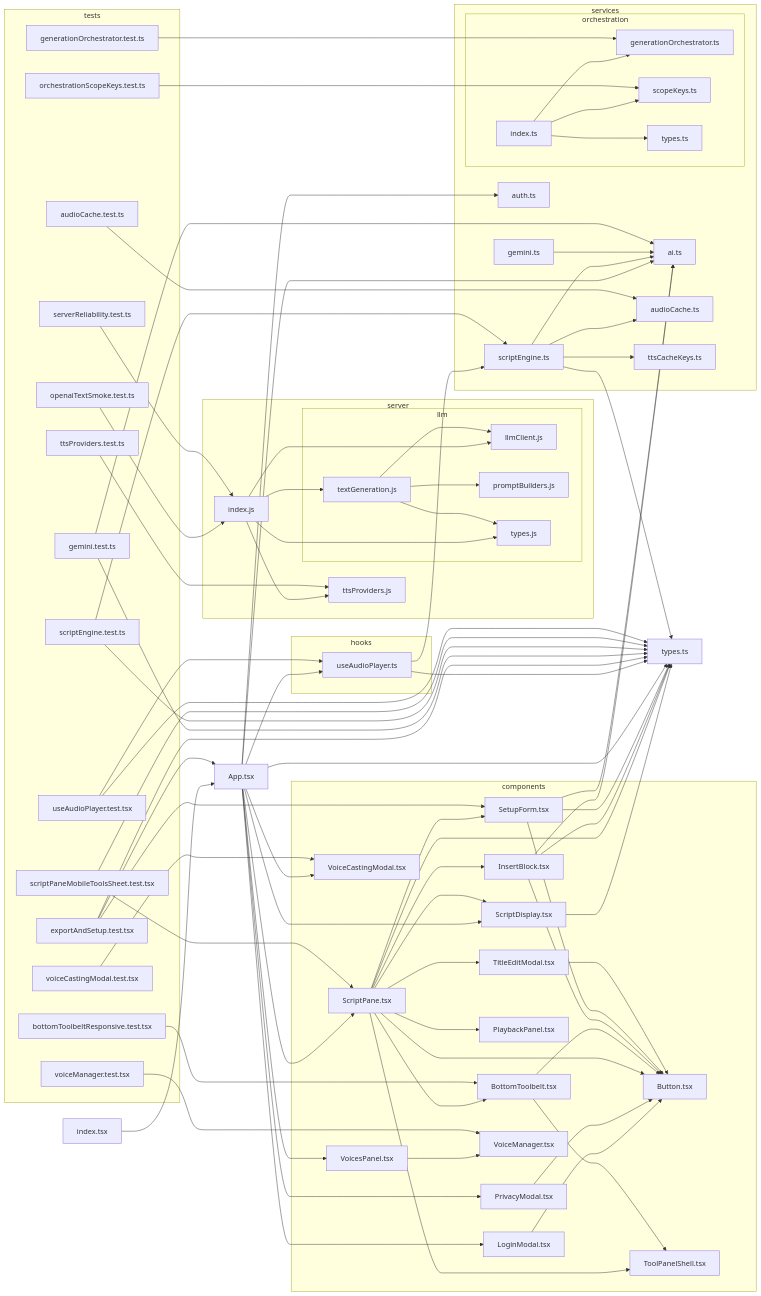
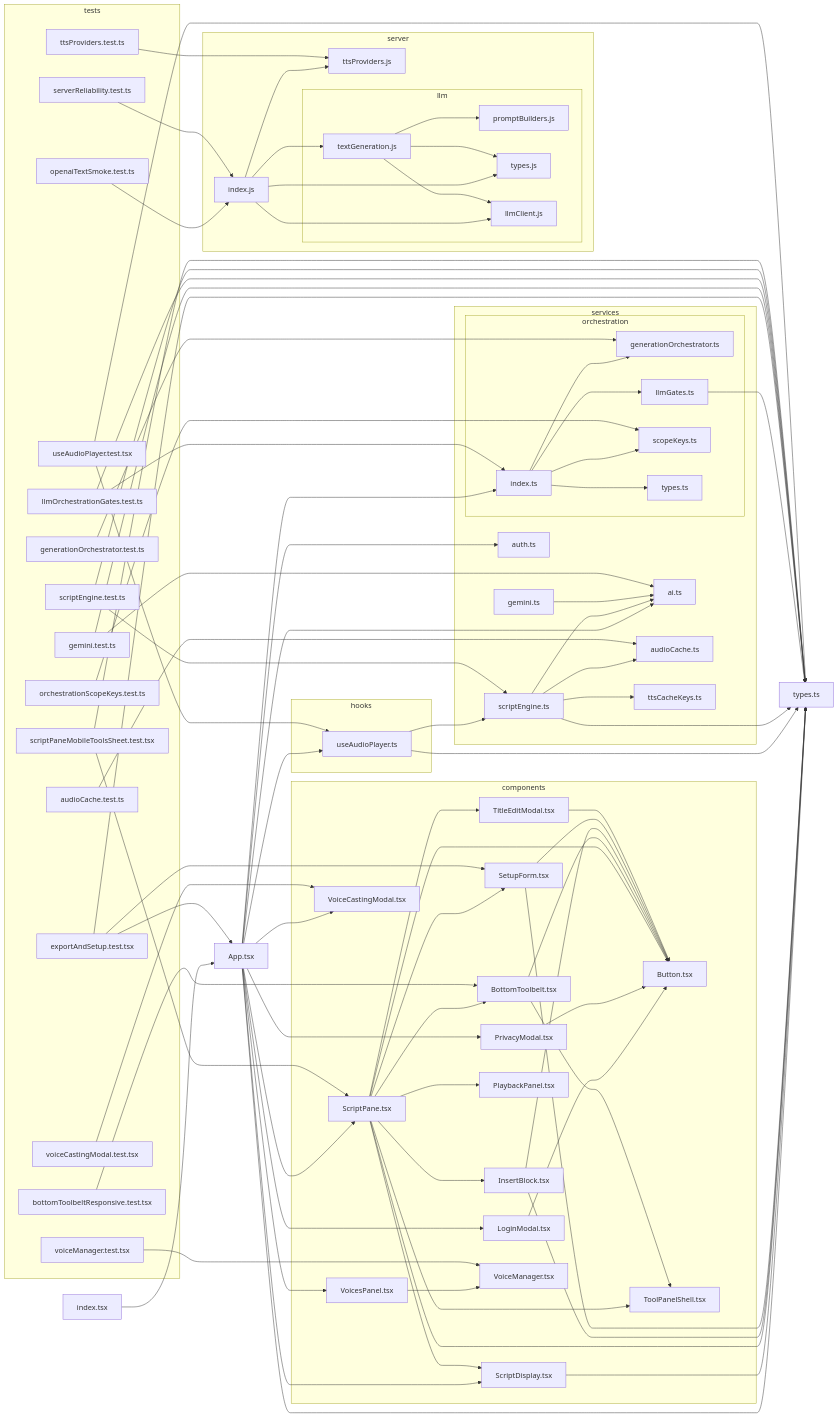
One commit to seanzmc/Script-Seance changed the diagram in docs/dependency-graph.mmd. Above: the diagram before and after it, drawn with Mermaid.

Commit message:
Updates dependency graph with new orchestration files and reorganized structure
Adds llmGates.ts to the orchestration module and corresponding test file llmOrchestrationGates.test.ts. Reorganizes the dependency graph to better reflect the current codebase structure, including moving useAudioPlayer hook to its own subgraph and updating service dependencies.

```diff
--- a/docs/dependency-graph.mmd
+++ b/docs/dependency-graph.mmd
@@ -1,134 +1,139 @@
 flowchart LR
 
 0["App.tsx"]
 subgraph 1["components"]
 2["LoginModal.tsx"]
 3["Button.tsx"]
 4["PrivacyModal.tsx"]
 5["ScriptDisplay.tsx"]
 7["ScriptPane.tsx"]
 8["BottomToolbelt.tsx"]
 9["ToolPanelShell.tsx"]
 A["InsertBlock.tsx"]
-D["PlaybackPanel.tsx"]
-E["SetupForm.tsx"]
-F["TitleEditModal.tsx"]
-G["VoiceCastingModal.tsx"]
-H["VoicesPanel.tsx"]
-I["VoiceManager.tsx"]
+B["PlaybackPanel.tsx"]
+C["SetupForm.tsx"]
+D["TitleEditModal.tsx"]
+E["VoiceCastingModal.tsx"]
+F["VoicesPanel.tsx"]
+G["VoiceManager.tsx"]
 end
 6["types.ts"]
-subgraph B["services"]
-C["ai.ts"]
-L["scriptEngine.ts"]
+subgraph H["hooks"]
+I["useAudioPlayer.ts"]
+end
+subgraph J["services"]
+K["scriptEngine.ts"]
+L["ai.ts"]
 M["audioCache.ts"]
 N["ttsCacheKeys.ts"]
 O["auth.ts"]
-Y["gemini.ts"]
-subgraph Z["orchestration"]
-10["generationOrchestrator.ts"]
-11["index.ts"]
-12["scopeKeys.ts"]
-13["types.ts"]
+subgraph P["orchestration"]
+Q["index.ts"]
+R["generationOrchestrator.ts"]
+S["llmGates.ts"]
+T["scopeKeys.ts"]
+U["types.ts"]
 end
+14["gemini.ts"]
 end
-subgraph J["hooks"]
-K["useAudioPlayer.ts"]
+V["index.tsx"]
+subgraph W["server"]
+X["index.js"]
+subgraph Y["llm"]
+Z["llmClient.js"]
+10["textGeneration.js"]
+11["promptBuilders.js"]
+12["types.js"]
 end
-P["index.tsx"]
-subgraph Q["server"]
-R["index.js"]
-subgraph S["llm"]
-T["llmClient.js"]
-U["textGeneration.js"]
-V["promptBuilders.js"]
-W["types.js"]
+13["ttsProviders.js"]
 end
-X["ttsProviders.js"]
-end
-subgraph 14["tests"]
-15["audioCache.test.ts"]
-16["bottomToolbeltResponsive.test.tsx"]
-17["exportAndSetup.test.tsx"]
-18["gemini.test.ts"]
-19["generationOrchestrator.test.ts"]
-1A["openaiTextSmoke.test.ts"]
-1B["orchestrationScopeKeys.test.ts"]
-1C["scriptEngine.test.ts"]
-1D["scriptPaneMobileToolsSheet.test.tsx"]
-1E["serverReliability.test.ts"]
-1F["ttsProviders.test.ts"]
-1G["useAudioPlayer.test.tsx"]
-1H["voiceCastingModal.test.tsx"]
-1I["voiceManager.test.tsx"]
+subgraph 15["tests"]
+16["audioCache.test.ts"]
+17["bottomToolbeltResponsive.test.tsx"]
+18["exportAndSetup.test.tsx"]
+19["gemini.test.ts"]
+1A["generationOrchestrator.test.ts"]
+1B["llmOrchestrationGates.test.ts"]
+1C["openaiTextSmoke.test.ts"]
+1D["orchestrationScopeKeys.test.ts"]
+1E["scriptEngine.test.ts"]
+1F["scriptPaneMobileToolsSheet.test.tsx"]
+1G["serverReliability.test.ts"]
+1H["ttsProviders.test.ts"]
+1I["useAudioPlayer.test.tsx"]
+1J["voiceCastingModal.test.tsx"]
+1K["voiceManager.test.tsx"]
 end
 0-->2
 0-->4
 0-->5
 0-->7
-0-->G
-0-->H
-0-->K
-0-->C
+0-->E
+0-->F
+0-->I
+0-->L
 0-->O
+0-->Q
 0-->6
 2-->3
 4-->3
 5-->6
 7-->6
 7-->8
 7-->3
 7-->A
+7-->B
+7-->5
+7-->C
 7-->D
-7-->5
-7-->E
-7-->F
 7-->9
 8-->3
 8-->9
-A-->C
 A-->6
 A-->3
-E-->C
-E-->6
-E-->3
-F-->3
-H-->I
+C-->6
+C-->3
+D-->3
+F-->G
+I-->K
+I-->6
+K-->6
 K-->L
-K-->6
-L-->6
-L-->C
-L-->M
-L-->N
-P-->0
-R-->T
-R-->U
-R-->W
-R-->X
-U-->T
-U-->V
-U-->W
-Y-->C
-11-->10
-11-->12
-11-->13
-15-->M
-16-->8
-17-->0
-17-->E
-17-->6
+K-->M
+K-->N
+Q-->R
+Q-->S
+Q-->T
+Q-->U
+S-->6
+V-->0
+X-->Z
+X-->10
+X-->12
+X-->13
+10-->Z
+10-->11
+10-->12
+14-->L
+16-->M
+17-->8
+18-->0
 18-->C
 18-->6
-19-->10
+19-->L
+19-->6
 1A-->R
-1B-->12
-1C-->L
-1C-->6
-1D-->7
-1D-->6
-1E-->R
-1F-->X
-1G-->K
-1G-->6
-1H-->G
+1B-->Q
+1B-->6
+1C-->X
+1D-->T
+1E-->K
+1E-->6
+1F-->7
+1F-->6
+1G-->X
+1H-->13
 1I-->I
+1I-->6
+1J-->E
+1K-->G
```
